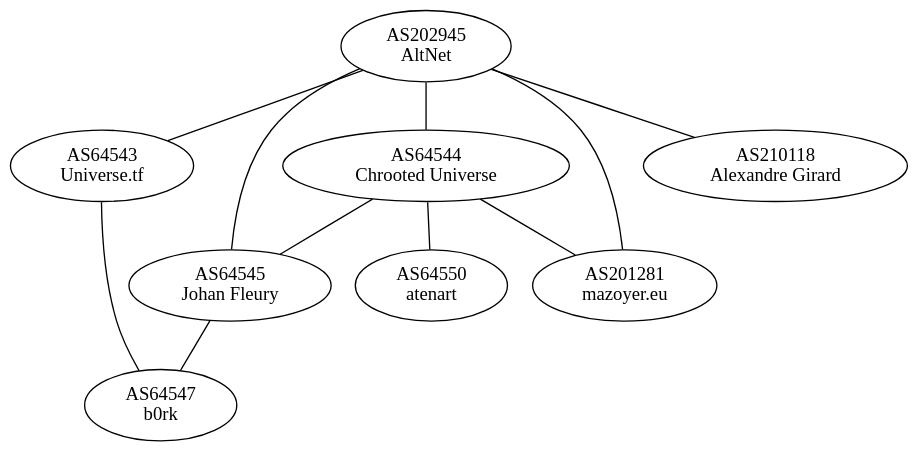
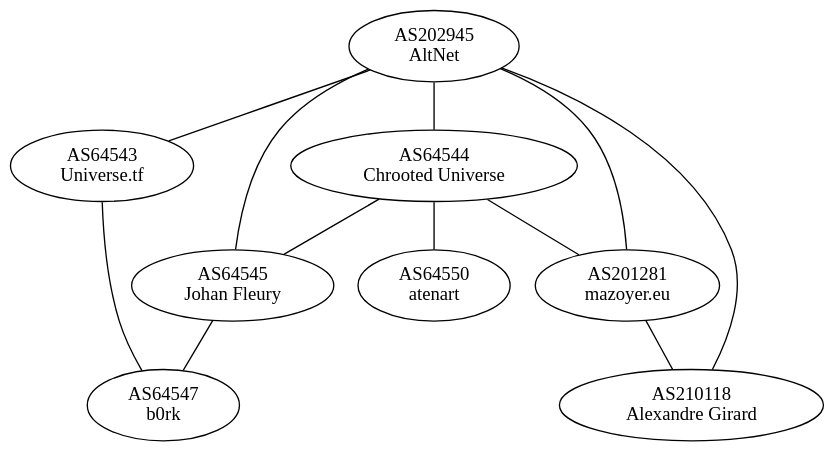
One commit to GLaNET/resources changed the diagram in as-graph.dot. Above: the diagram before and after it, drawn with Graphviz.

Commit message:
Add AS201281-AS210118 peering

```diff
--- a/as-graph.dot
+++ b/as-graph.dot
@@ -1,28 +1,30 @@
 graph GLaNET
 {
         edge [len=2];
         graph [bgcolor=transparent]
 
         AS64543 [label="AS64543\nUniverse.tf"];
         AS64544 [label="AS64544\nChrooted Universe"];
         AS64545 [label="AS64545\nJohan Fleury"];
         AS64547 [label="AS64547\nb0rk"];
         AS64550 [label="AS64550\natenart"];
         AS201281 [label="AS201281\nmazoyer.eu"];
         AS202945 [label="AS202945\nAltNet"];
         AS210118 [label="AS210118\nAlexandre Girard"];
 
         AS202945 -- AS64543;
         AS202945 -- AS64544;
         AS202945 -- AS64545;
         AS202945 -- AS201281;
         AS202945 -- AS210118;
 
+        AS201281 -- AS210118;
+
         AS64543 -- AS64547;
 
         AS64544 -- AS64545;
         AS64544 -- AS64550;
         AS64544 -- AS201281;
 
         AS64545 -- AS64547;
 }
```
